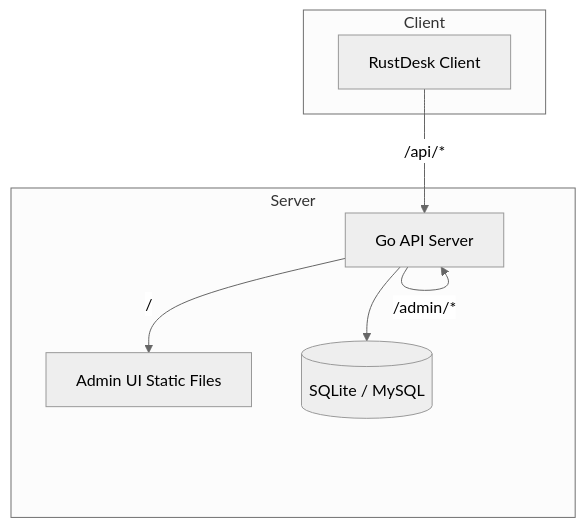
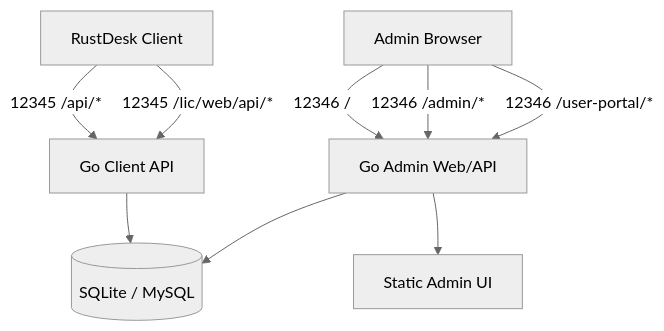
One commit to RyanWee68/rustdesk-api-server-pro changed the diagram in README.md. Above: the diagram before and after it, drawn with Mermaid (neutral theme). The commit also changed other lines of this file and 20 other files, not shown here.

````diff
--- a/README.md
+++ b/README.md
@@ -90,17 +34,11 @@
 ```mermaid
 flowchart TB
-  subgraph Client
-    A[RustDesk Client]
-  end
-
-  subgraph Server
-    B[Go API Server]
-    C[Admin UI Static Files]
-    D[(SQLite / MySQL)]
-  end
-
-  A -->|/api/*| B
-  B -->|/admin/*| B
-  B -->|/| C
-  B --> D
+  C[RustDesk Client] -->|12345 /api/*| API[Go Client API]
+  C -->|12345 /lic/web/api/*| API
+  A[Admin Browser] -->|12346 /| Admin[Go Admin Web/API]
+  A -->|12346 /admin/*| Admin
+  A -->|12346 /user-portal/*| Admin
+  API --> D[(SQLite / MySQL)]
+  Admin --> D
+  Admin --> F[Static Admin UI]
 ```
````
